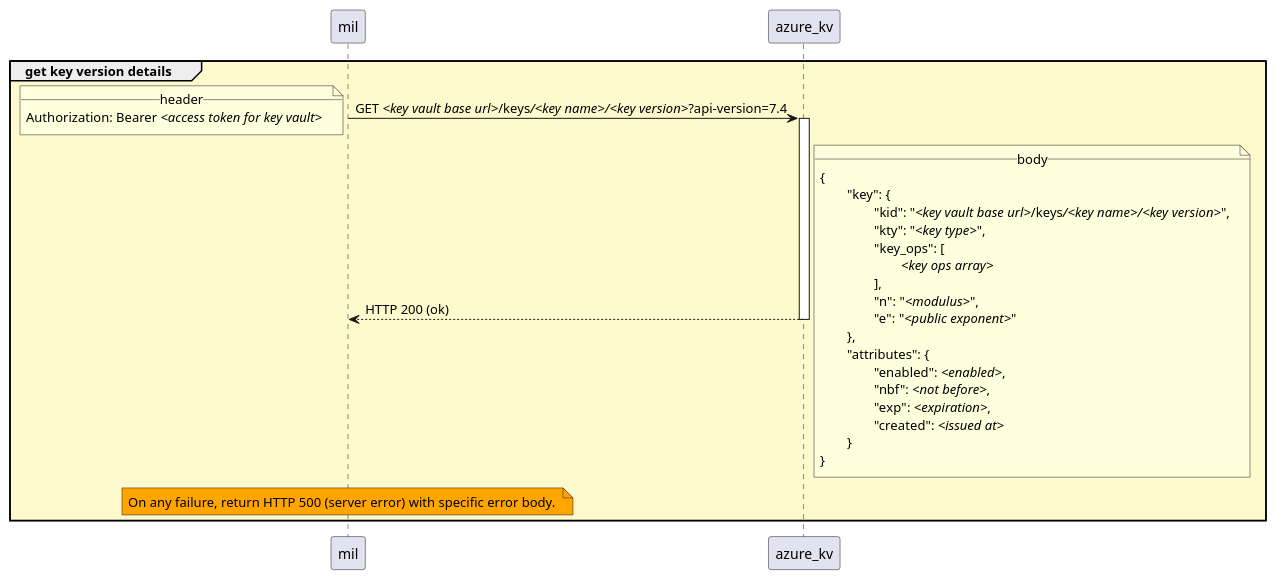
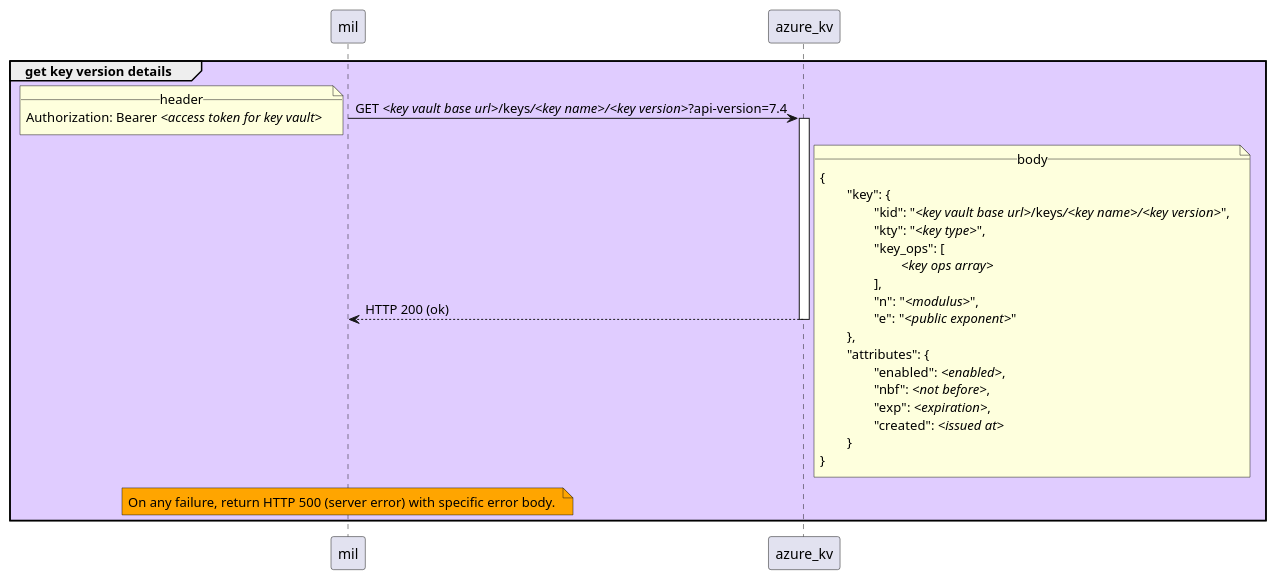
The diagram in sequence_diags/pagoPA/pos_management/get_key_version_details.puml (pagopa/mil-diags), drawn with PlantUML before and after one commit. The commit also changed 26 other files, not shown here.

```diff
--- a/sequence_diags/pagoPA/pos_management/get_key_version_details.puml
+++ b/sequence_diags/pagoPA/pos_management/get_key_version_details.puml
@@ -1,33 +1,33 @@
-group #FFFACD get key version details
+group #E0CCFF get key version details
 	mil -> azure_kv ++ : GET //<key vault base url>///keys///<key name>/////<key version>//?api-version=7.4
 		note left
 			__header__
 			Authorization: Bearer //<access token for key vault>//
 		end note
 
 	azure_kv --> mil -- : HTTP 200 (ok)
 		note right
 			__body__
 			{
 				"key": {
 					"kid": "//<key vault base url>///keys///<key name>/////<key version>//",
 					"kty": "//<key type>//",
 					"key_ops": [
 						//<key ops array>//
 					],
 					"n": "//<modulus>//", 
 					"e": "//<public exponent>//"
 				},
 				"attributes": {
 					"enabled": //<enabled>//,
 					"nbf": //<not before>//,
 					"exp": //<expiration>//,
 					"created": //<issued at>//
 				}
 			}
 		end note
 
 		note over mil #Orange
 		    On any failure, return HTTP 500 (server error) with specific error body. 
 		end note
 end
```
